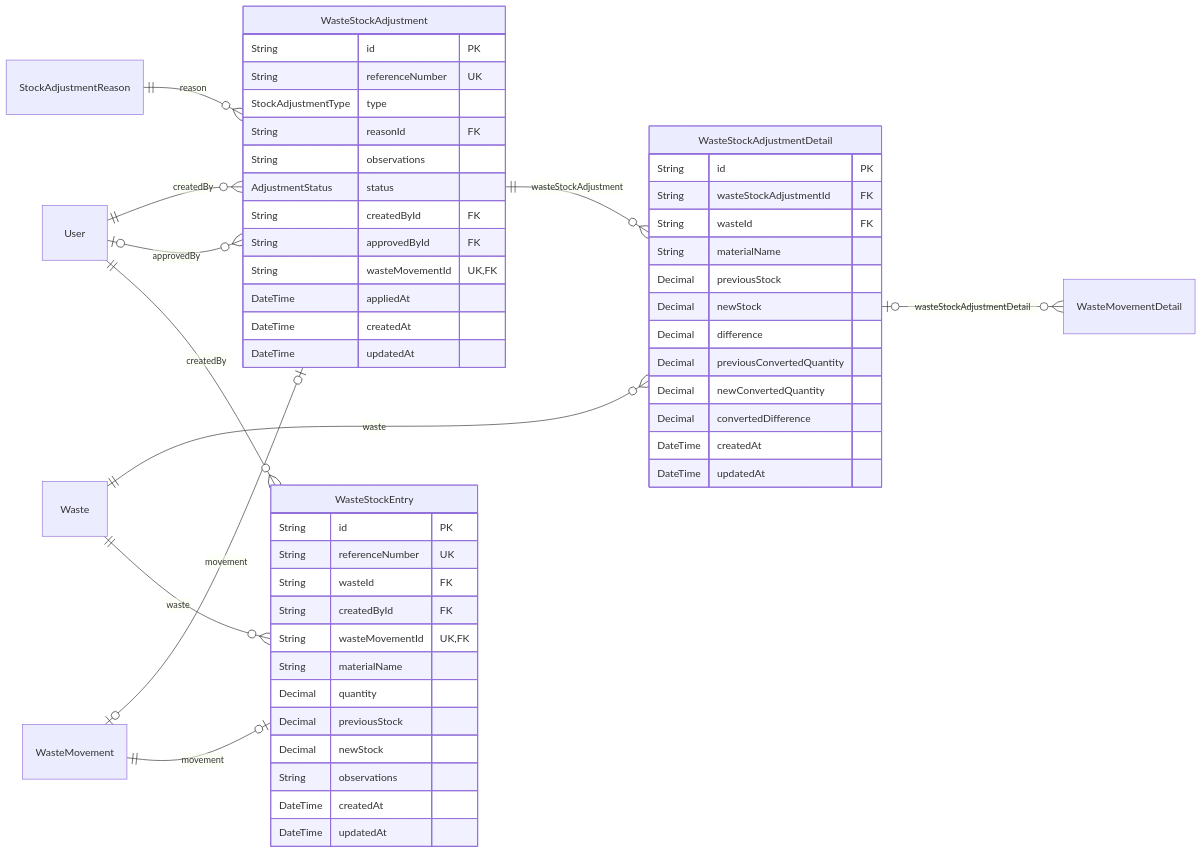
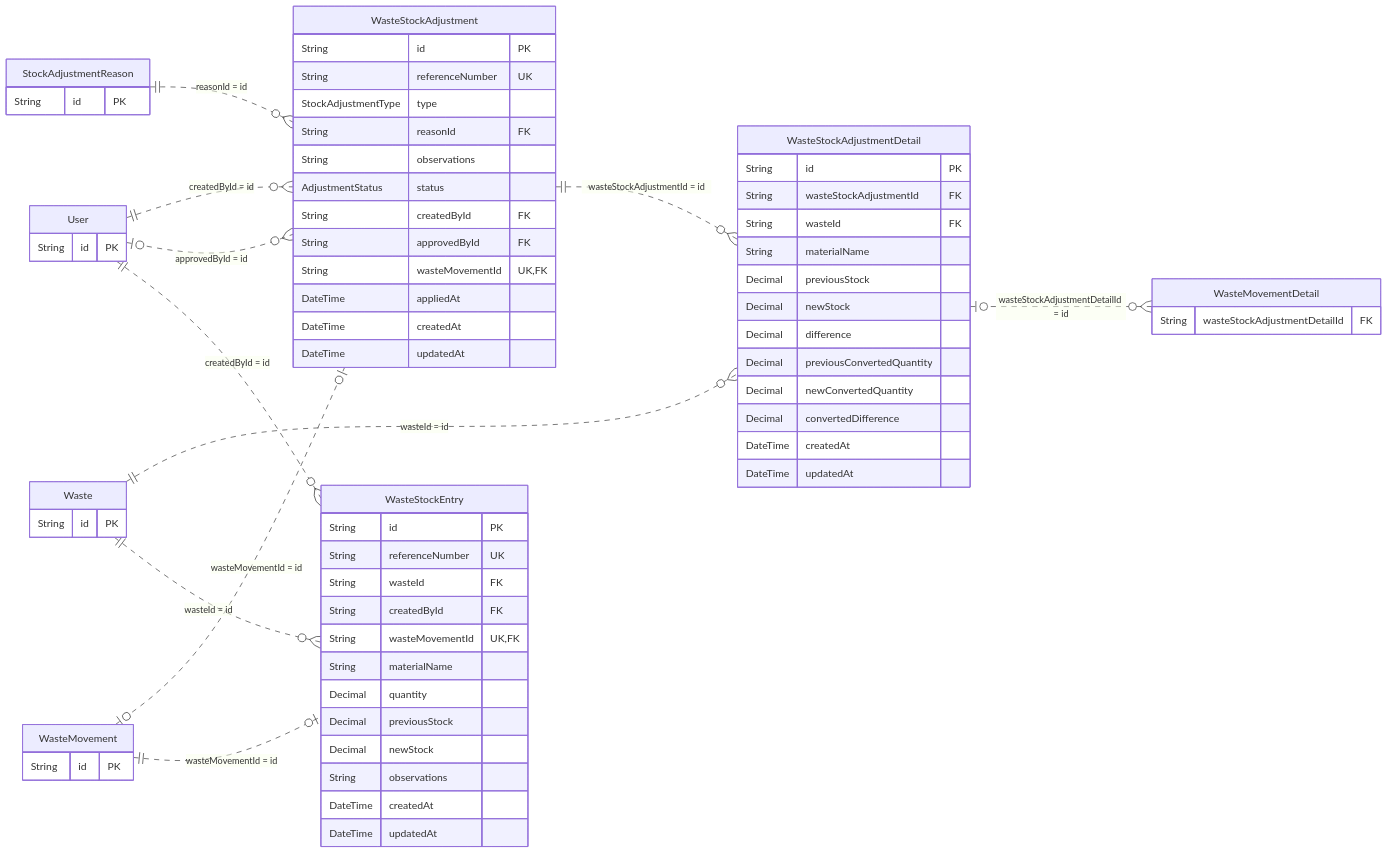
Before and after one commit to gpgsistemas01/nexus: diagram 14 of 14 in docs/architecture/views/logical/data-and-persistence/generated/database-schema.md, drawn with Mermaid. The commit also changed other lines of this file and 20 other files, not shown here.

Commit message:
docs: corregir relaciones ER y notación UML de diagramas

````diff
--- a/docs/architecture/views/logical/data-and-persistence/generated/database-schema.md
+++ b/docs/architecture/views/logical/data-and-persistence/generated/database-schema.md
@@ -661,56 +989,71 @@
 ```mermaid
 erDiagram
     direction LR
     WasteStockEntry {
         String id PK
         String referenceNumber UK
         String wasteId FK
         String createdById FK
         String wasteMovementId UK,FK
         String materialName
         Decimal quantity
         Decimal previousStock
         Decimal newStock
         String observations
         DateTime createdAt
         DateTime updatedAt
     }
     WasteStockAdjustment {
         String id PK
         String referenceNumber UK
         StockAdjustmentType type
         String reasonId FK
         String observations
         AdjustmentStatus status
         String createdById FK
         String approvedById FK
         String wasteMovementId UK,FK
         DateTime appliedAt
         DateTime createdAt
         DateTime updatedAt
     }
     WasteStockAdjustmentDetail {
         String id PK
         String wasteStockAdjustmentId FK
         String wasteId FK
         String materialName
         Decimal previousStock
         Decimal newStock
         Decimal difference
         Decimal previousConvertedQuantity
         Decimal newConvertedQuantity
         Decimal convertedDifference
         DateTime createdAt
         DateTime updatedAt
     }
-    StockAdjustmentReason ||--o{ WasteStockAdjustment : "reason"
-    User ||--o{ WasteStockAdjustment : "createdBy"
-    User o|--o{ WasteStockAdjustment : "approvedBy"
-    WasteMovement o|--o| WasteStockAdjustment : "movement"
-    WasteStockAdjustment ||--o{ WasteStockAdjustmentDetail : "wasteStockAdjustment"
-    Waste ||--o{ WasteStockAdjustmentDetail : "waste"
-    Waste ||--o{ WasteStockEntry : "waste"
-    User ||--o{ WasteStockEntry : "createdBy"
-    WasteMovement ||--o| WasteStockEntry : "movement"
-    WasteStockAdjustmentDetail o|--o{ WasteMovementDetail : "wasteStockAdjustmentDetail"
+    StockAdjustmentReason {
+        String id PK
+    }
+    User {
+        String id PK
+    }
+    WasteMovement {
+        String id PK
+    }
+    Waste {
+        String id PK
+    }
+    WasteMovementDetail {
+        String wasteStockAdjustmentDetailId FK
+    }
+    StockAdjustmentReason ||..o{ WasteStockAdjustment : "reasonId = id"
+    User ||..o{ WasteStockAdjustment : "createdById = id"
+    User o|..o{ WasteStockAdjustment : "approvedById = id"
+    WasteMovement o|..o| WasteStockAdjustment : "wasteMovementId = id"
+    WasteStockAdjustment ||..o{ WasteStockAdjustmentDetail : "wasteStockAdjustmentId = id"
+    Waste ||..o{ WasteStockAdjustmentDetail : "wasteId = id"
+    Waste ||..o{ WasteStockEntry : "wasteId = id"
+    User ||..o{ WasteStockEntry : "createdById = id"
+    WasteMovement ||..o| WasteStockEntry : "wasteMovementId = id"
+    WasteStockAdjustmentDetail o|..o{ WasteMovementDetail : "wasteStockAdjustmentDetailId = id"
 ```
````
